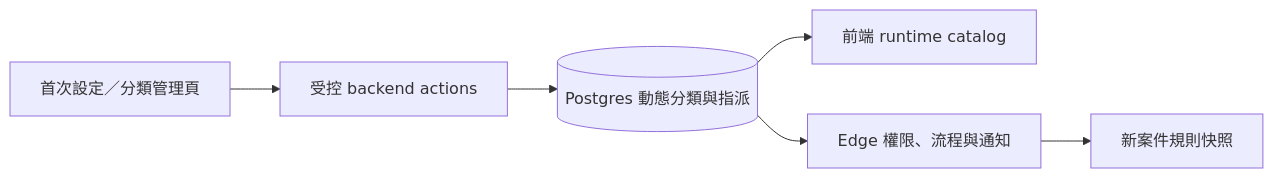
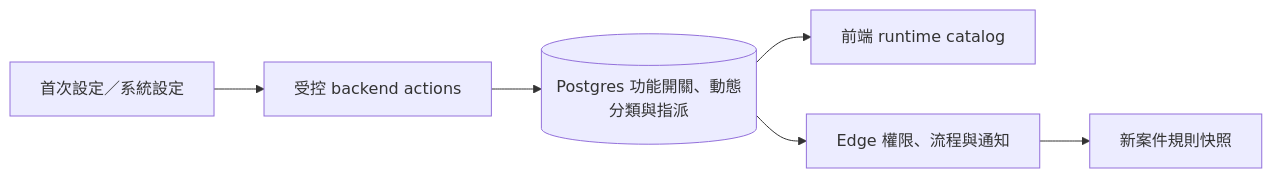
Before and after one commit to tavricccc/novae-website: the second of 2 diagrams in docs/architecture.md, drawn with Mermaid. The commit also changed other lines of this file and 18 other files, not shown here.

````diff
--- a/docs/architecture.md
+++ b/docs/architecture.md
@@ -68,8 +70,8 @@
 ```mermaid
 flowchart LR
-  S[首次設定／分類管理頁] --> A[受控 backend actions]
-  A --> D[(Postgres 動態分類與指派)]
+  S[首次設定／系統設定] --> A[受控 backend actions]
+  A --> D[(Postgres 功能開關、動態分類與指派)]
   D --> UI[前端 runtime catalog]
   D --> API[Edge 權限、流程與通知]
   API --> P[新案件規則快照]
 ```
````
